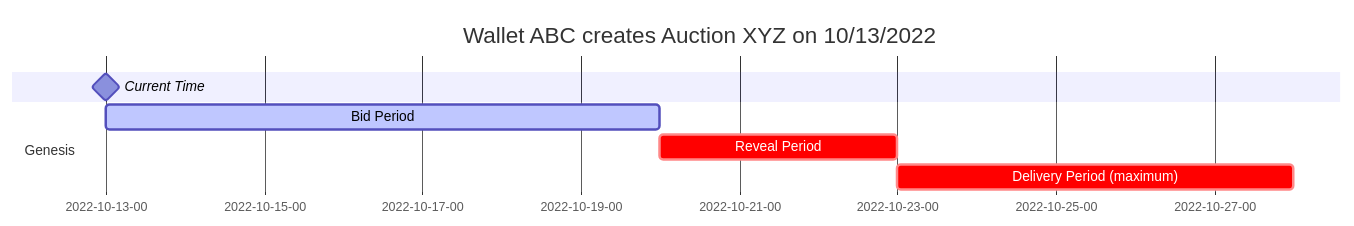
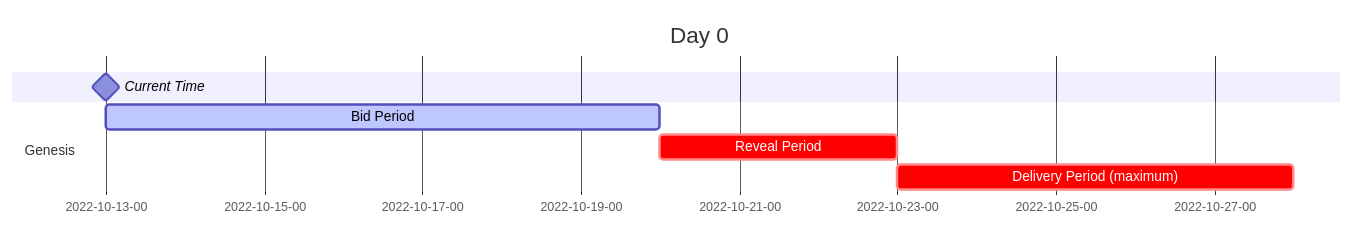
Before and after one commit to zoidz123/zoidz123.github.io: the first of 5 diagrams in docs/understanding-auction-behavior.md, drawn with Mermaid. The commit also changed other lines of this file and 18 other files, not shown here.

````diff
--- a/docs/understanding-auction-behavior.md
+++ b/docs/understanding-auction-behavior.md
@@ -94,13 +40,13 @@
 ```mermaid
 gantt
     dateFormat  YYYY-MM-DD-HH
     axisFormat  %Y-%m-%d-%H
     todayMarker off
-    title       Wallet ABC creates Auction XYZ on 10/13/2022
+    title       Day 0
     Current Time: milestone, 2022-10-13-00, 0d
 
     section Genesis
     Bid Period                  :active,  des1, 2022-10-13-00, 7d
     Reveal Period               :crit,  des2, after des1, 3d
     Delivery Period (maximum)             :crit,  des3, after des2, 5d
 ```
````
